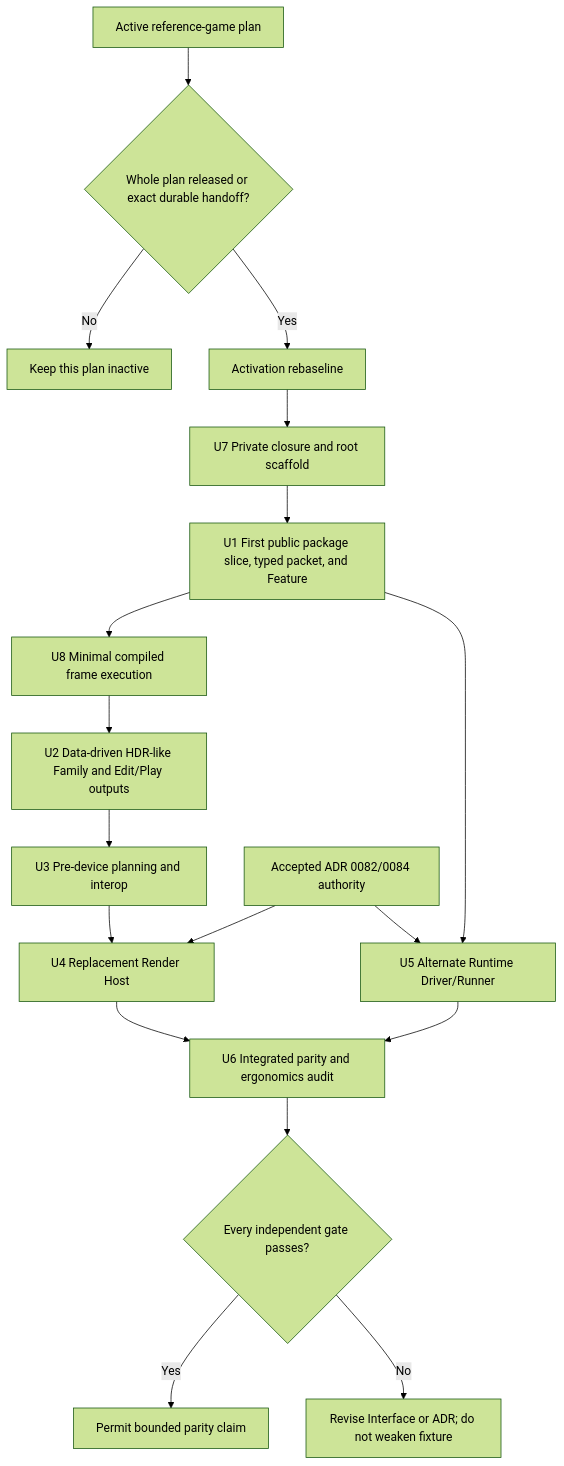
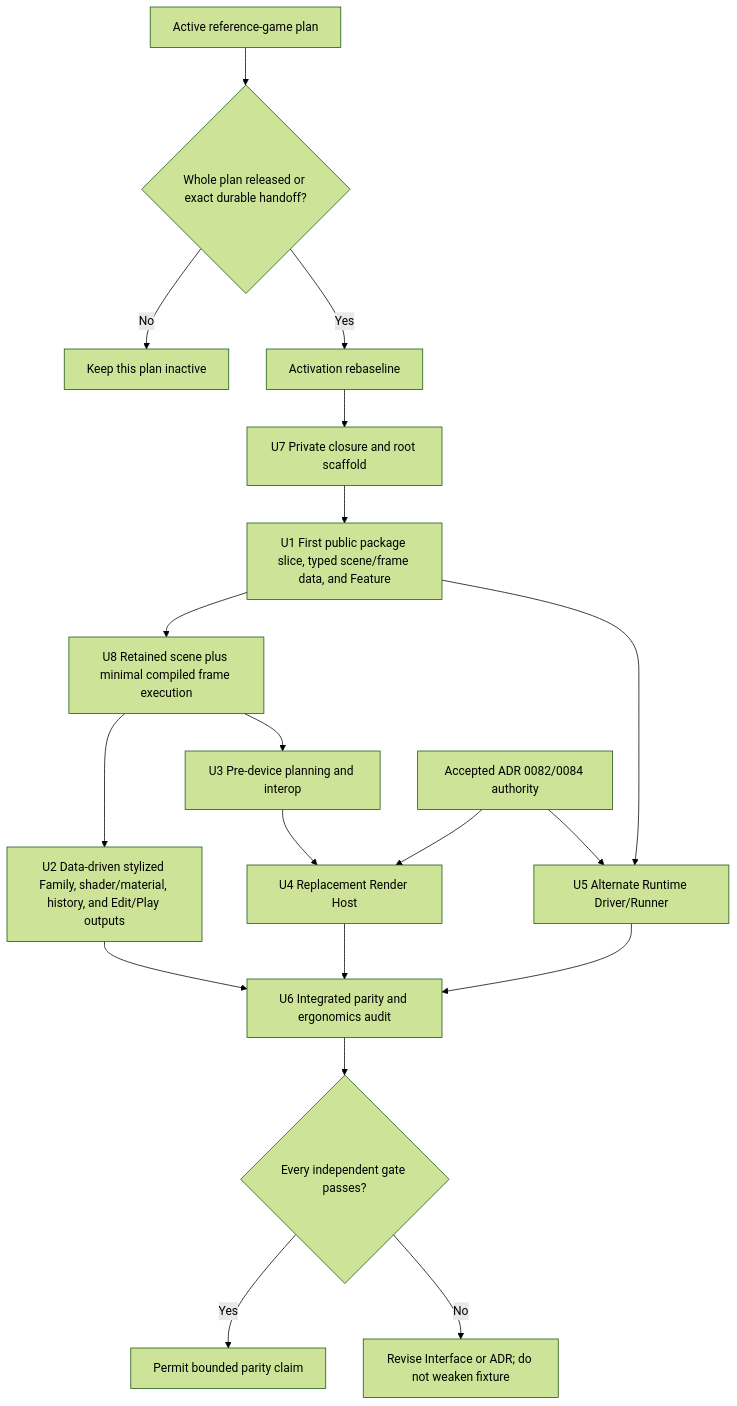
One commit to Latias94/nara changed the first of 2 diagrams in docs/plans/2026-07-15-001-feat-render-extension-parity-tracers-plan.md. Above: the diagram before and after it, drawn with Mermaid (forest theme). The commit also changed other lines of this file and 3 other files, not shown here.

First line of the commit message:
docs(architecture): qualify renderer extension demand

````diff
--- a/docs/plans/2026-07-15-001-feat-render-extension-parity-tracers-plan.md
+++ b/docs/plans/2026-07-15-001-feat-render-extension-parity-tracers-plan.md
@@ -196,20 +216,21 @@
 ```mermaid
 flowchart TB
     Active[Active reference-game plan] --> Handoff{Whole plan released or exact durable handoff?}
     Handoff -->|No| Wait[Keep this plan inactive]
     Handoff -->|Yes| Rebaseline[Activation rebaseline]
     Rebaseline --> U7[U7 Private closure and root scaffold]
-    U7 --> U1[U1 First public package slice, typed packet, and Feature]
-    U1 --> U8[U8 Minimal compiled frame execution]
-    U8 --> U2[U2 Data-driven HDR-like Family and Edit/Play outputs]
-    U2 --> U3[U3 Pre-device planning and interop]
+    U7 --> U1[U1 First public package slice, typed scene/frame data, and Feature]
+    U1 --> U8[U8 Retained scene plus minimal compiled frame execution]
+    U8 --> U2[U2 Data-driven stylized Family, shader/material, history, and Edit/Play outputs]
+    U8 --> U3[U3 Pre-device planning and interop]
     U3 --> U4[U4 Replacement Render Host]
     RuntimeDecision[Accepted ADR 0082/0084 authority] --> U4
     RuntimeDecision --> U5[U5 Alternate Runtime Driver/Runner]
     U1 --> U5
+    U2 --> U6
     U4 --> U6
     U5 --> U6[U6 Integrated parity and ergonomics audit]
     U6 --> Claim{Every independent gate passes?}
     Claim -->|Yes| Parity[Permit bounded parity claim]
     Claim -->|No| Revise[Revise Interface or ADR; do not weaken fixture]
 ```
````
